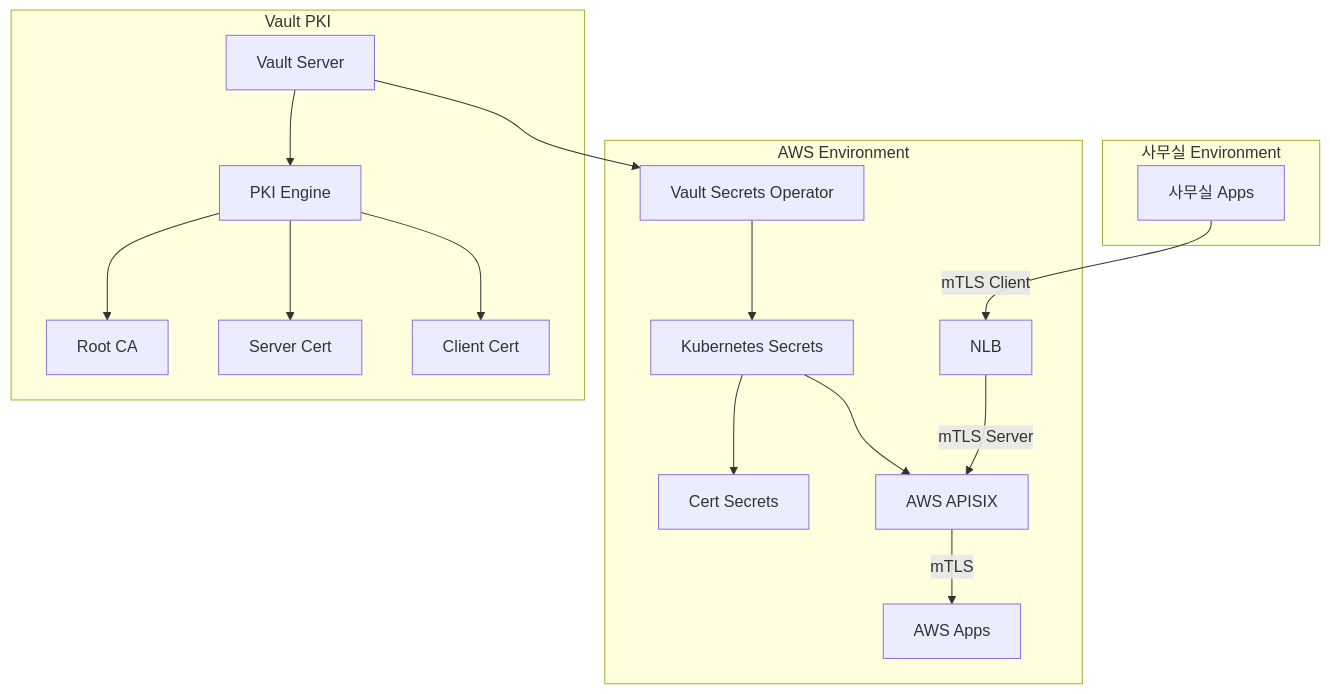
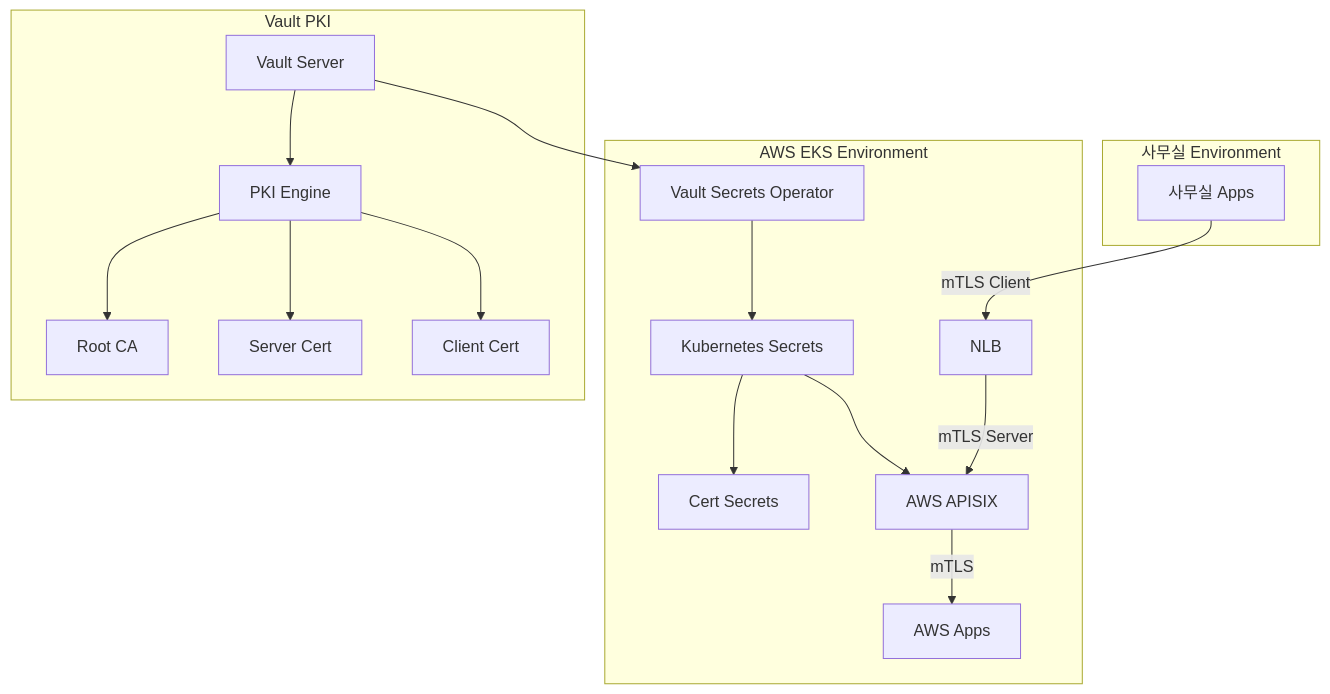
One commit to ung-kor/ungs changed the diagram in vault/apisix_pki_secrets/README.md. Above: the diagram before and after it, drawn with Mermaid.

Commit message:
apisix pki secrets

````diff
--- a/vault/apisix_pki_secrets/README.md
+++ b/vault/apisix_pki_secrets/README.md
@@ -30,24 +30,24 @@
 ```mermaid
 graph TB
     subgraph "사무실 Environment"
         SA[사무실 Apps] 
     end
     
-    subgraph "AWS Environment"
+    subgraph "AWS EKS Environment"
         NLB --> |mTLS Server| AAP[AWS APISIX]
         AAP --> |mTLS| AA[AWS Apps]
         VSO[Vault Secrets Operator] --> K8S[Kubernetes Secrets]
         K8S --> SAP[Cert Secrets]
         K8S --> AAP
     end
     
     subgraph "Vault PKI"
         V[Vault Server] --> PKI[PKI Engine]
         PKI --> CA[Root CA]
         PKI --> SC[Server Cert]
         PKI --> CC[Client Cert]
     end
         
     SA --> |mTLS Client| NLB
     V --> VSO
 ```
````
